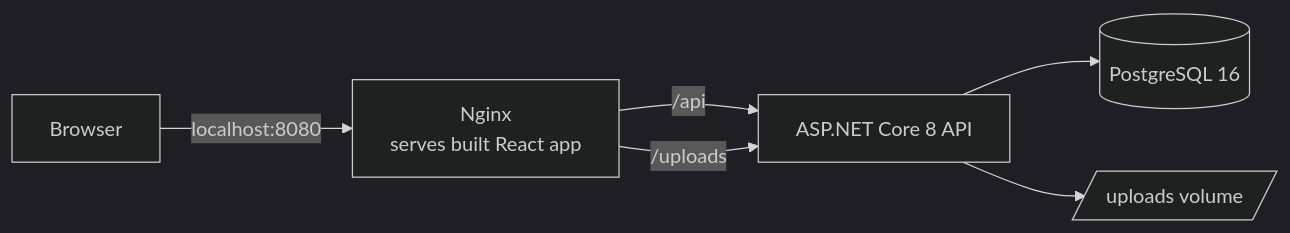
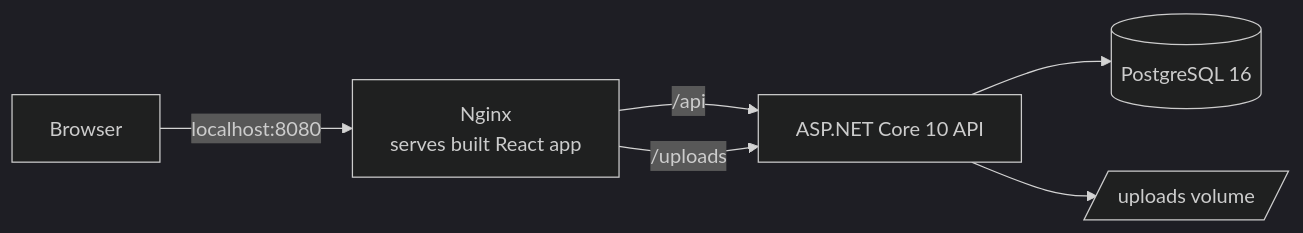
Before and after one commit to 20davo/asset-management-system: the diagram in README.md, drawn with Mermaid (dark theme). The commit also changed other lines of this file and 7 other files, not shown here.

First line of the commit message:
chore(api): move the backend to .NET 10

````diff
--- a/README.md
+++ b/README.md
@@ -62,8 +62,8 @@
 ```mermaid
 flowchart LR
     B[Browser] -->|"localhost:8080"| N["Nginx<br>serves built React app"]
-    N -->|"/api"| A["ASP.NET Core 8 API"]
+    N -->|"/api"| A["ASP.NET Core 10 API"]
     N -->|"/uploads"| A
     A --> D[("PostgreSQL 16")]
     A --> V[/"uploads volume"/]
 ```
````
